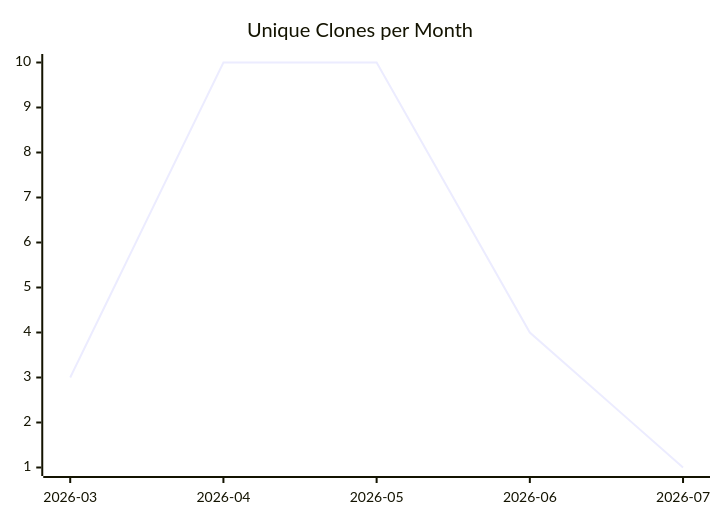
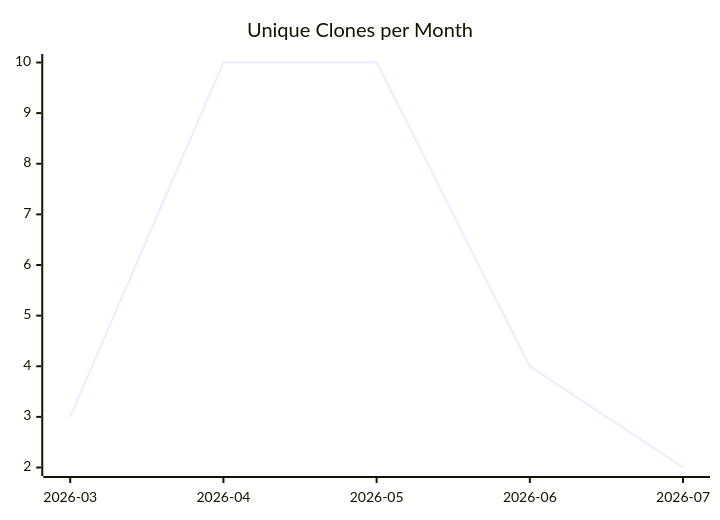
Before and after one commit to justdavis-family/github-analytics-data: the third of 3 diagrams in karlmdavis/stockfighter-trades-solutions/README.md, drawn with Mermaid. The commit also changed other lines of this file and 188 other files, not shown here.

````diff
--- a/karlmdavis/stockfighter-trades-solutions/README.md
+++ b/karlmdavis/stockfighter-trades-solutions/README.md
@@ -19,6 +19,6 @@
 ```mermaid
 xychart-beta
   title "Unique Clones per Month"
   x-axis ["2026-03", "2026-04", "2026-05", "2026-06", "2026-07"]
-  line [3, 10, 10, 4, 1]
+  line [3, 10, 10, 4, 2]
 ```
````
